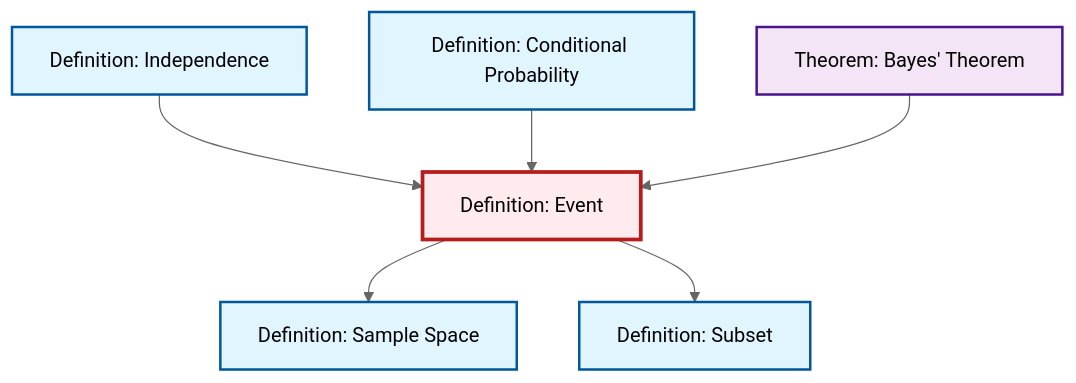
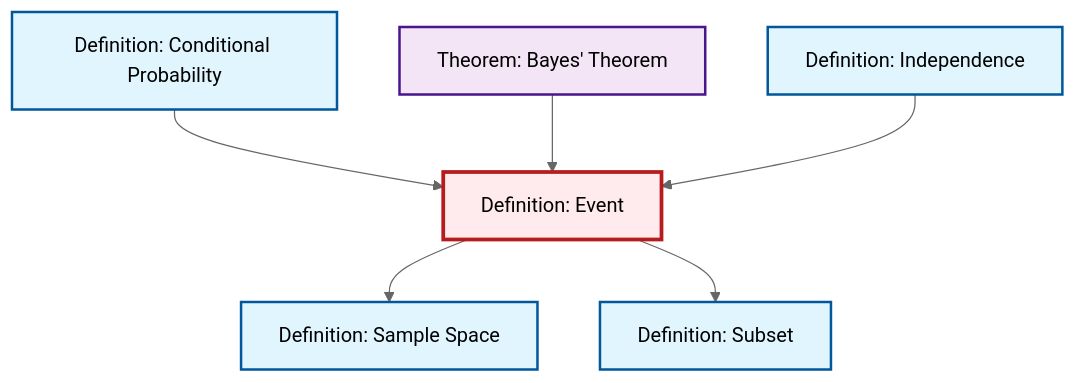
The diagram in content/en/probability-statistics/def-event.qmd (RK0429/ModernMath), drawn with Mermaid (neutral theme) before and after one commit. The commit also changed other lines of this file and 619 other files, not shown here.

````diff
--- a/content/en/probability-statistics/def-event.qmd
+++ b/content/en/probability-statistics/def-event.qmd
@@ -69,26 +69,26 @@
 ```{mermaid}
 %%| fig-cap: "Local dependency graph"
 graph TD
     classDef definition fill:#e1f5fe,stroke:#01579b,stroke-width:2px
     classDef theorem fill:#f3e5f5,stroke:#4a148c,stroke-width:2px
     classDef axiom fill:#fff3e0,stroke:#e65100,stroke-width:2px
     classDef example fill:#e8f5e9,stroke:#1b5e20,stroke-width:2px
     classDef current fill:#ffebee,stroke:#b71c1c,stroke-width:3px
+    thm-bayes["Theorem: Bayes' Theorem"]:::theorem
+    def-event["Definition: Event"]:::definition
     def-subset["Definition: Subset"]:::definition
+    def-independence["Definition: Independence"]:::definition
     def-sample-space["Definition: Sample Space"]:::definition
-    thm-bayes["Theorem: Bayes' Theorem"]:::theorem
     def-conditional-probability["Definition: Conditional Probability"]:::definition
-    def-independence["Definition: Independence"]:::definition
-    def-event["Definition: Event"]:::definition
+    def-conditional-probability --> def-event
+    thm-bayes --> def-event
     def-independence --> def-event
     def-event --> def-sample-space
-    def-conditional-probability --> def-event
-    thm-bayes --> def-event
     def-event --> def-subset
     class def-event current
+    click thm-bayes "thm-bayes.html" "Go to Bayes' Theorem theorem"
     click def-subset "def-subset.html" "Go to Subset definition"
+    click def-independence "def-independence.html" "Go to Independence definition"
     click def-sample-space "def-sample-space.html" "Go to Sample Space definition"
-    click thm-bayes "thm-bayes.html" "Go to Bayes' Theorem theorem"
     click def-conditional-probability "def-conditional-probability.html" "Go to Conditional Probability definition"
-    click def-independence "def-independence.html" "Go to Independence definition"
 ```
````
